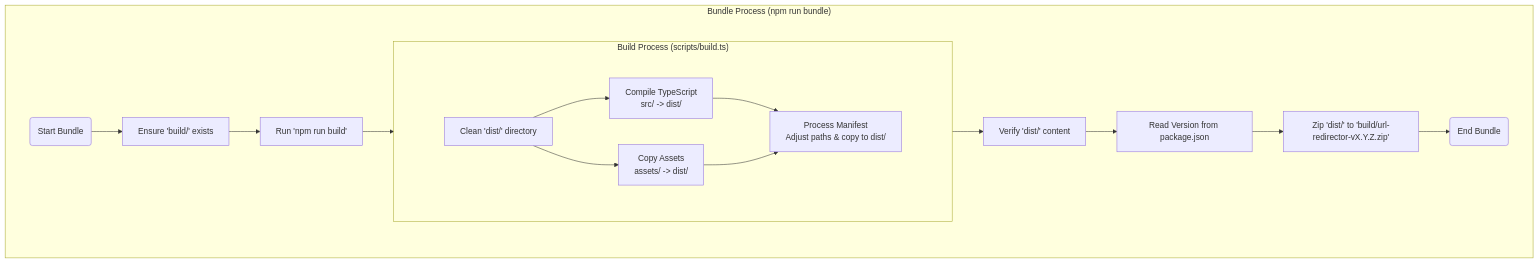
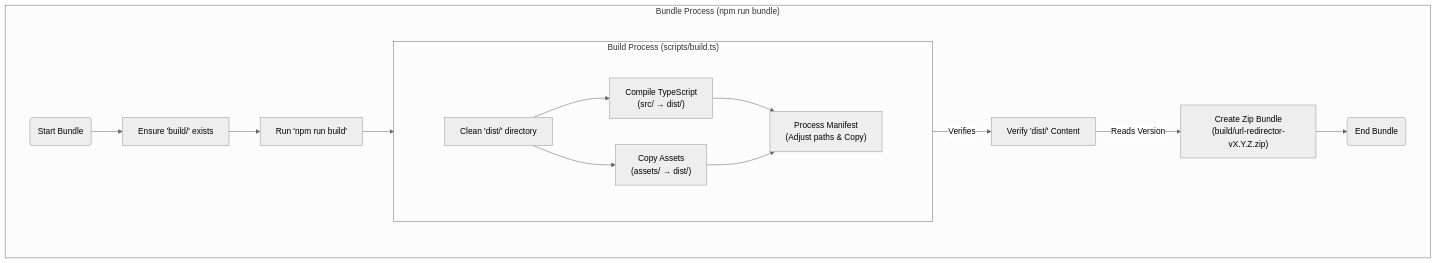
One commit to jordanblakey/url-redirector changed the diagram in docs/build-system.md. Above: the diagram before and after it, drawn with Mermaid.

Commit message:
Update mermaid diagram configuration and structure

````diff
--- a/docs/build-system.md
+++ b/docs/build-system.md
@@ -9,43 +9,43 @@
 ```mermaid
-%%{init: {"flowchart": {"nodeSpacing": 50, "rankSpacing": 10}} }%%
+%%{init: {'theme': 'neutral', 'flowchart': {'curve': 'monotoneY'}, "flowchart": {"nodeSpacing": 50, "rankSpacing": 10}} }%%
 graph LR
     subgraph Bundle["Bundle Process (npm run bundle)"]
         direction LR
-
-        %% 1. Outer Padding: Pushes the "Bundle Process" title up
-        subgraph Pad1[" "]
+        
+        %% 1. Outer Padding (Protects 'Bundle Process' title)
+        subgraph PadBundle[" "]
             direction LR
-            style Pad1 fill:none,stroke:none
-
-            StartBundle(Start Bundle) --> EnsureBuildDir[Ensure 'build/' exists]
-            EnsureBuildDir --> RunBuild[Run 'npm run build']
-
+            style PadBundle fill:none,stroke:none
+            
+            Start(Start Bundle) --> Prep[Ensure 'build/' exists]
+            Prep --> Run[Run 'npm run build']
+            
             %% 2. Inner Subgraph
             subgraph Build["Build Process (scripts/build.ts)"]
                 direction LR
-
-                %% 3. Inner Padding: Pushes the "Build Process" title up
-                subgraph Pad2[" "]
+                
+                %% 3. Inner Padding (Protects 'Build Process' title)
+                subgraph PadBuild[" "]
                     direction LR
-                    style Pad2 fill:none,stroke:none
-
-                    CleanDist[Clean 'dist/' directory]
-
+                    style PadBuild fill:none,stroke:none
+                    
+                    Clean[Clean 'dist/' directory]
+                    
                     %% Parallel Split
-                    CleanDist --> CompileTS[Compile TypeScript<br/>src/ -> dist/]
-                    CleanDist --> CopyAssets[Copy Assets<br/>assets/ -> dist/]
-
-                    %% Re-converge
-                    CompileTS --> ProcessManifest[Process Manifest<br/>Adjust paths & copy to dist/]
-                    CopyAssets --> ProcessManifest
+                    Clean --> Compile["Compile TypeScript<br/>(src/ → dist/)"]
+                    Clean --> Assets["Copy Assets<br/>(assets/ → dist/)"]
+                    
+                    %% Converge
+                    Compile --> Manifest["Process Manifest<br/>(Adjust paths & Copy)"]
+                    Assets --> Manifest
                 end
             end
-
-            RunBuild --> CleanDist
-            ProcessManifest --> VerifyDist[Verify 'dist/' content]
-            VerifyDist --> ReadVersion[Read Version from package.json]
-            ReadVersion --> ZipDist[Zip 'dist/' to 'build/url-redirector-vX.Y.Z.zip']
-            ZipDist --> EndBundle(End Bundle)
+            
+            %% Connecting the flows
+            Run --> Clean
+            Manifest -->|Verifies| Verify["Verify 'dist/' Content"]
+            Verify -->|Reads Version| Zip["Create Zip Bundle<br/>(build/url-redirector-vX.Y.Z.zip)"]
+            Zip --> End(End Bundle)
         end
     end
 ```
````
